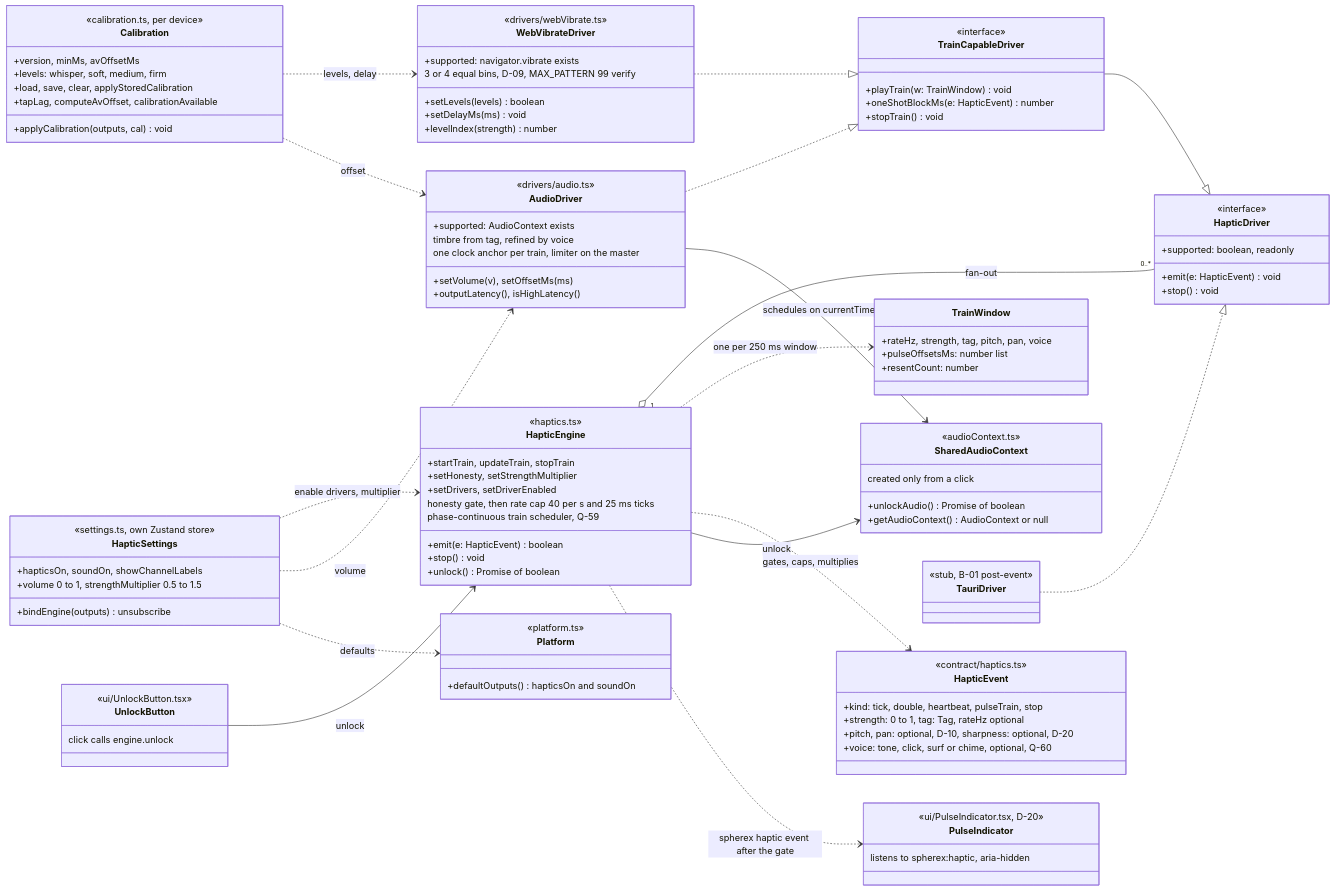
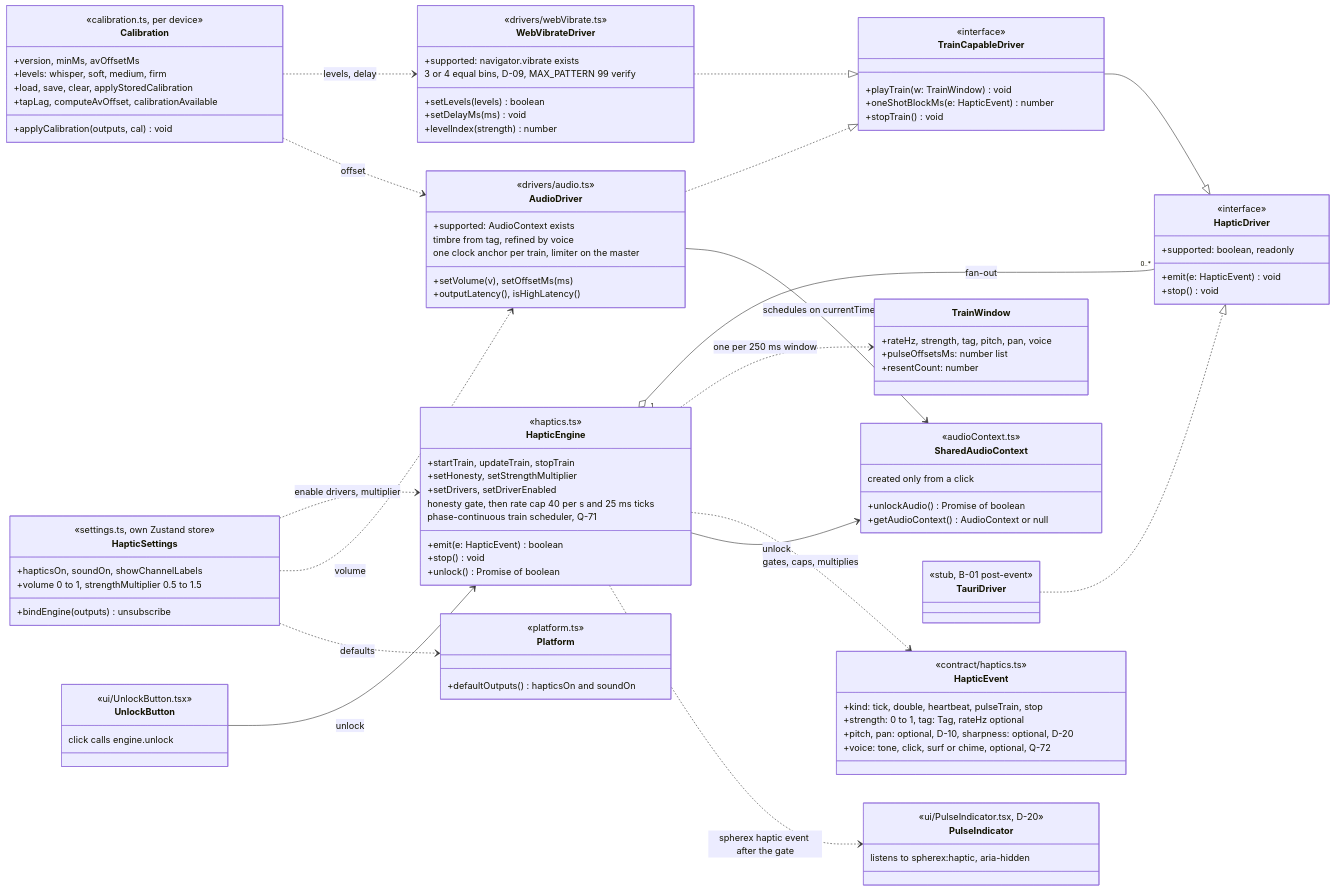
The first of 2 diagrams in docs/uml/06-class-haptics-audio.md (0ffrian/SphereX), drawn with Mermaid before and after one commit. The commit also changed other lines of this file and 22 other files, not shown here.

```diff
--- a/docs/uml/06-class-haptics-audio.md
+++ b/docs/uml/06-class-haptics-audio.md
@@ -14,7 +14,7 @@
     +kind: tick, double, heartbeat, pulseTrain, stop
     +strength: 0 to 1, tag: Tag, rateHz optional
     +pitch, pan: optional, D-10, sharpness: optional, D-20
-    +voice: tone, click, surf or chime, optional, Q-60
+    +voice: tone, click, surf or chime, optional, Q-72
   }
   class HapticDriver {
     <<interface>>
@@ -42,7 +42,7 @@
     +setDrivers, setDriverEnabled
     +unlock() Promise of boolean
     honesty gate, then rate cap 40 per s and 25 ms ticks
-    phase-continuous train scheduler, Q-59
+    phase-continuous train scheduler, Q-71
   }
   class WebVibrateDriver {
     <<drivers/webVibrate.ts>>
```
